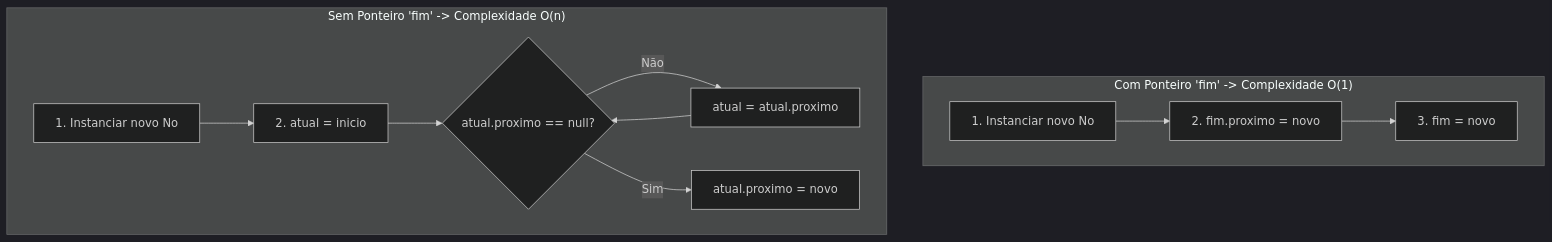
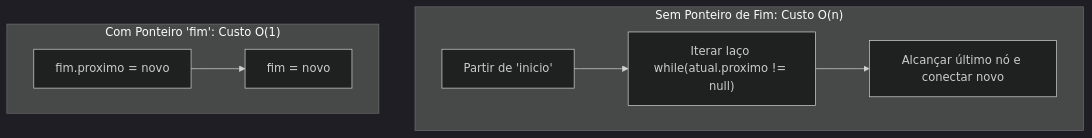
Before and after one commit to murilolol/unifef: diagram 21 of 33 in 4º Semestre/[Prof. Wesley Soares] Estrutura de Dados I/Resumos-IA/Caderno-Consolidado.md, drawn with Mermaid (dark theme). The commit also changed other lines of this file and 18 other files, not shown here.

````diff
--- a/4º Semestre/[Prof. Wesley Soares] Estrutura de Dados I/Resumos-IA/Caderno-Consolidado.md
+++ b/4º Semestre/[Prof. Wesley Soares] Estrutura de Dados I/Resumos-IA/Caderno-Consolidado.md
@@ -814,14 +917,11 @@
 ```mermaid
 flowchart TD
-    subgraph ComFim["Com Ponteiro 'fim' -> Complexidade O(1)"]
-        CF1["1. Instanciar novo No"] --> CF2["2. fim.proximo = novo"]
-        CF2 --> CF3["3. fim = novo"]
+    subgraph SemPonteiroFim["Sem Ponteiro de Fim: Custo O(n)"]
+        A1["Partir de 'inicio'"] --> A2["Iterar laço while(atual.proximo != null)"]
+        A2 --> A3["Alcançar último nó e conectar novo"]
     end
-    subgraph SemFim["Sem Ponteiro 'fim' -> Complexidade O(n)"]
-        SF1["1. Instanciar novo No"] --> SF2["2. atual = inicio"]
-        SF2 --> SF3{"atual.proximo == null?"}
-        SF3 -- Não --> SF4["atual = atual.proximo"]
-        SF4 --> SF3
-        SF3 -- Sim --> SF5["atual.proximo = novo"]
+
+    subgraph ComPonteiroFim["Com Ponteiro 'fim': Custo O(1)"]
+        B1["fim.proximo = novo"] --> B2["fim = novo"]
     end
 ```
````
